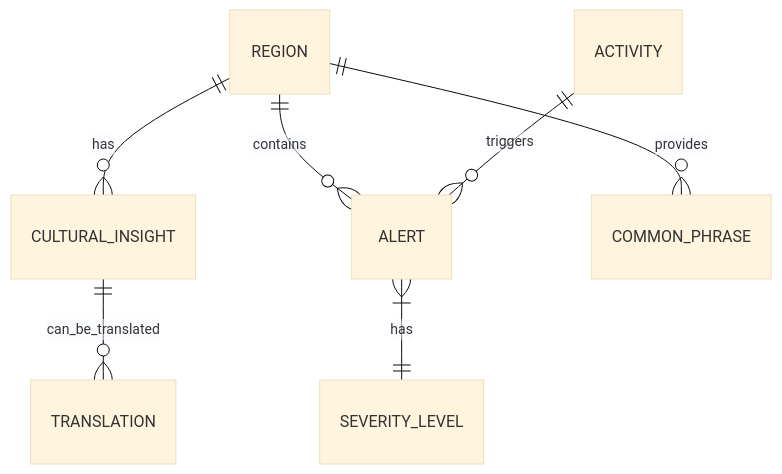
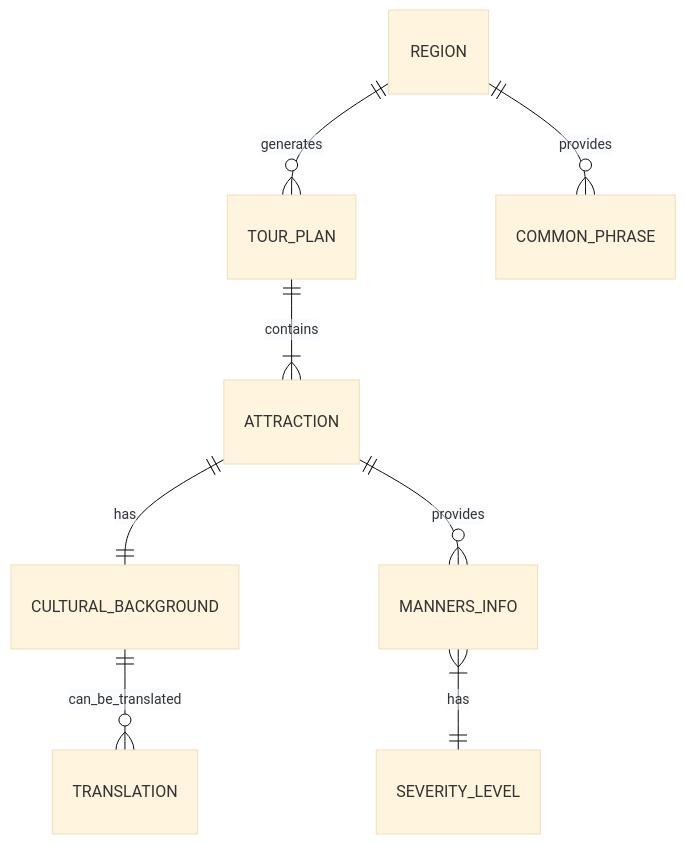
One commit to dino3616/nextjs-elysia-template changed the fifth of 5 diagrams in .kiro/specs/culture-sync/design.md. Above: the diagram before and after it, drawn with Mermaid (base theme). The commit also changed other lines of this file and 1 other file, not shown here.

````diff
--- a/.kiro/specs/culture-sync/design.md
+++ b/.kiro/specs/culture-sync/design.md
@@ -201,9 +216,10 @@
 ```mermaid
 erDiagram
-    REGION ||--o{ CULTURAL_INSIGHT : "has"
-    REGION ||--o{ ALERT : "contains"
-    ACTIVITY ||--o{ ALERT : "triggers"
-    CULTURAL_INSIGHT ||--o{ TRANSLATION : "can_be_translated"
+    REGION ||--o{ TOUR_PLAN : "generates"
+    TOUR_PLAN ||--|{ ATTRACTION : "contains"
+    ATTRACTION ||--|| CULTURAL_BACKGROUND : "has"
+    ATTRACTION ||--o{ MANNERS_INFO : "provides"
+    CULTURAL_BACKGROUND ||--o{ TRANSLATION : "can_be_translated"
     REGION ||--o{ COMMON_PHRASE : "provides"
-    ALERT }|--|| SEVERITY_LEVEL : "has"
+    MANNERS_INFO }|--|| SEVERITY_LEVEL : "has"
 ```
````
